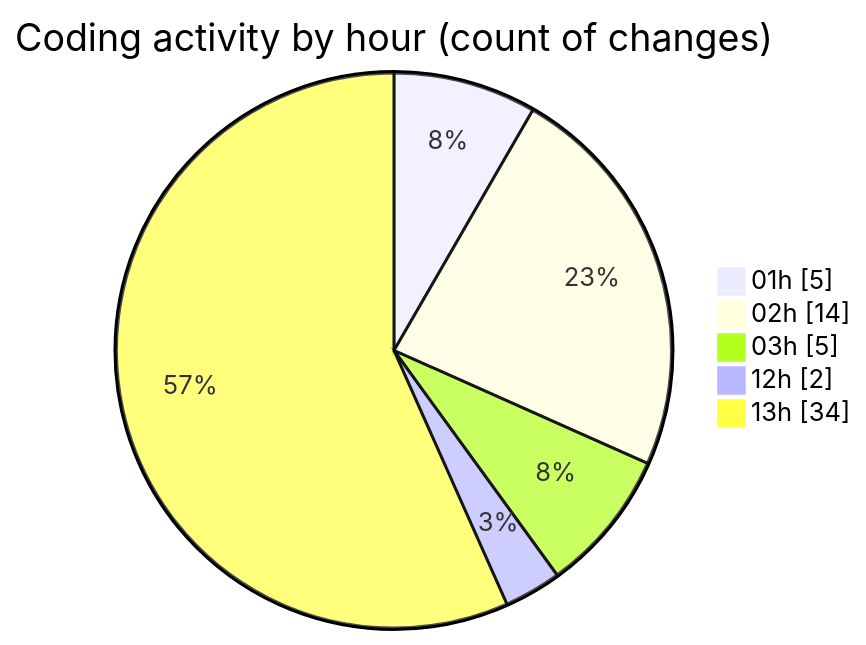
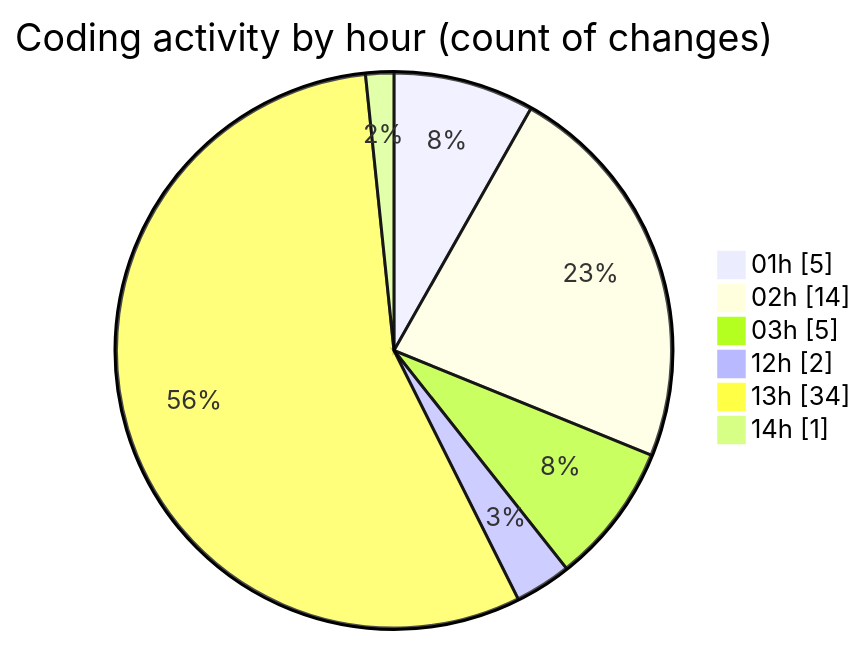
One commit to julien-gomy/code-tracking changed the second of 2 diagrams in 2025-10-23/eventscop-frontend-guide__workspace_/README.md. Above: the diagram before and after it, drawn with Mermaid. The commit also changed other lines of this file and 1 other file, not shown here.

````diff
--- a/2025-10-23/eventscop-frontend-guide__workspace_/README.md
+++ b/2025-10-23/eventscop-frontend-guide__workspace_/README.md
@@ -43,9 +44,10 @@
 ```mermaid
 pie showData
 title Coding activity by hour (count of changes)
 "01h" : 5
 "02h" : 14
 "03h" : 5
 "12h" : 2
 "13h" : 34
+"14h" : 1
 ```
````
